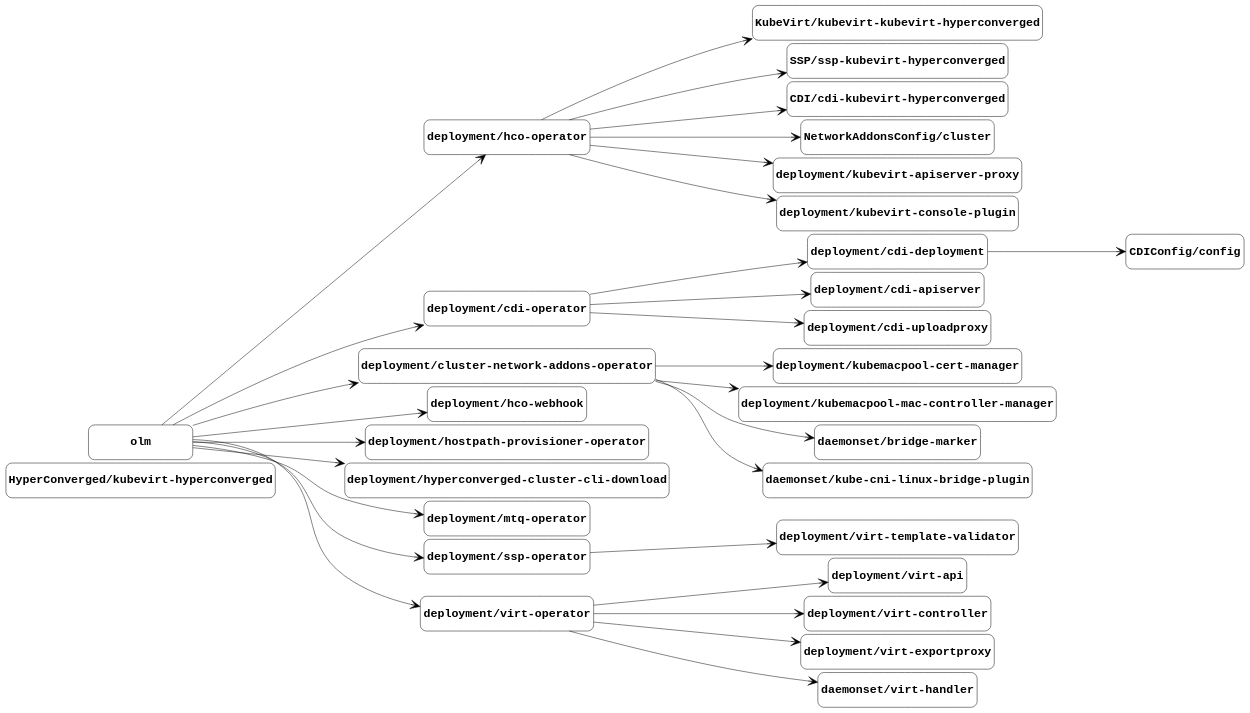
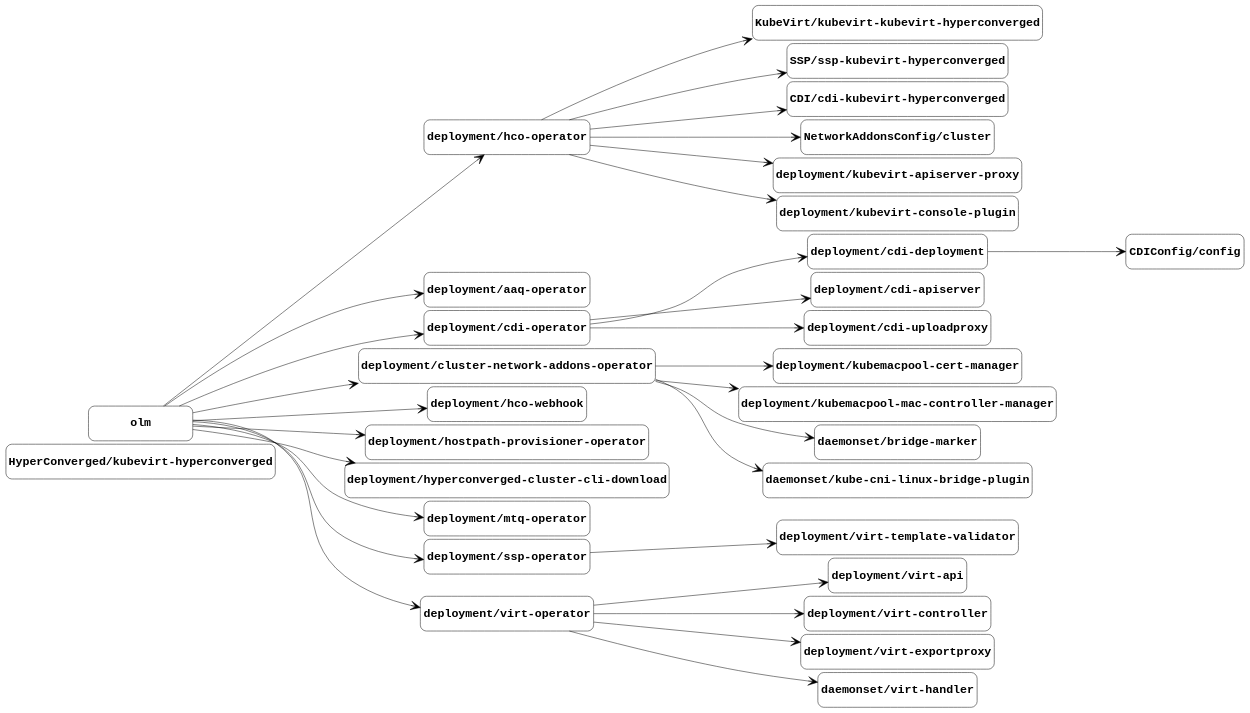
The diagram in docs/managed-by.gv (kubevirt/kubevirt), drawn with Graphviz before and after one commit. The commit also changed 3 other files, not shown here.

Commit message:
Update component graphs from the nightly job (#2775)

```diff
--- a/docs/managed-by.gv
+++ b/docs/managed-by.gv
@@ -1,90 +1,93 @@
 digraph "managed-by" {
 	graph [center=true margin=0.2 nodesep=0.1 rankdir=LR ranksep=2]
 	node [fontname="Courier-Bold" fontsize=24 height=1 shape=box style=rounded width=3]
 	edge [arrowhead=vee arrowsize=2]
 	"HyperConverged/kubevirt-hyperconverged" [label="HyperConverged/kubevirt-hyperconverged"]
 	"KubeVirt/kubevirt-kubevirt-hyperconverged" [label="KubeVirt/kubevirt-kubevirt-hyperconverged"]
 	"deployment/hco-operator" [label="deployment/hco-operator"]
 	"deployment/hco-operator" -> "KubeVirt/kubevirt-kubevirt-hyperconverged"
 	"SSP/ssp-kubevirt-hyperconverged" [label="SSP/ssp-kubevirt-hyperconverged"]
 	"deployment/hco-operator" [label="deployment/hco-operator"]
 	"deployment/hco-operator" -> "SSP/ssp-kubevirt-hyperconverged"
 	"CDI/cdi-kubevirt-hyperconverged" [label="CDI/cdi-kubevirt-hyperconverged"]
 	"deployment/hco-operator" [label="deployment/hco-operator"]
 	"deployment/hco-operator" -> "CDI/cdi-kubevirt-hyperconverged"
 	"CDIConfig/config" [label="CDIConfig/config"]
 	"deployment/cdi-deployment" [label="deployment/cdi-deployment"]
 	"deployment/cdi-deployment" -> "CDIConfig/config"
 	"NetworkAddonsConfig/cluster" [label="NetworkAddonsConfig/cluster"]
 	"deployment/hco-operator" [label="deployment/hco-operator"]
 	"deployment/hco-operator" -> "NetworkAddonsConfig/cluster"
+	"deployment/aaq-operator" [label="deployment/aaq-operator"]
+	olm [label=olm]
+	olm -> "deployment/aaq-operator"
 	"deployment/cdi-apiserver" [label="deployment/cdi-apiserver"]
 	"deployment/cdi-operator" [label="deployment/cdi-operator"]
 	"deployment/cdi-operator" -> "deployment/cdi-apiserver"
 	"deployment/cdi-deployment" [label="deployment/cdi-deployment"]
 	"deployment/cdi-operator" [label="deployment/cdi-operator"]
 	"deployment/cdi-operator" -> "deployment/cdi-deployment"
 	"deployment/cdi-operator" [label="deployment/cdi-operator"]
 	olm [label=olm]
 	olm -> "deployment/cdi-operator"
 	"deployment/cdi-uploadproxy" [label="deployment/cdi-uploadproxy"]
 	"deployment/cdi-operator" [label="deployment/cdi-operator"]
 	"deployment/cdi-operator" -> "deployment/cdi-uploadproxy"
 	"deployment/cluster-network-addons-operator" [label="deployment/cluster-network-addons-operator"]
 	olm [label=olm]
 	olm -> "deployment/cluster-network-addons-operator"
 	"deployment/hco-operator" [label="deployment/hco-operator"]
 	olm [label=olm]
 	olm -> "deployment/hco-operator"
 	"deployment/hco-webhook" [label="deployment/hco-webhook"]
 	olm [label=olm]
 	olm -> "deployment/hco-webhook"
 	"deployment/hostpath-provisioner-operator" [label="deployment/hostpath-provisioner-operator"]
 	olm [label=olm]
 	olm -> "deployment/hostpath-provisioner-operator"
 	"deployment/hyperconverged-cluster-cli-download" [label="deployment/hyperconverged-cluster-cli-download"]
 	olm [label=olm]
 	olm -> "deployment/hyperconverged-cluster-cli-download"
 	"deployment/kubemacpool-cert-manager" [label="deployment/kubemacpool-cert-manager"]
 	"deployment/cluster-network-addons-operator" [label="deployment/cluster-network-addons-operator"]
 	"deployment/cluster-network-addons-operator" -> "deployment/kubemacpool-cert-manager"
 	"deployment/kubemacpool-mac-controller-manager" [label="deployment/kubemacpool-mac-controller-manager"]
 	"deployment/cluster-network-addons-operator" [label="deployment/cluster-network-addons-operator"]
 	"deployment/cluster-network-addons-operator" -> "deployment/kubemacpool-mac-controller-manager"
 	"deployment/kubevirt-apiserver-proxy" [label="deployment/kubevirt-apiserver-proxy"]
 	"deployment/hco-operator" [label="deployment/hco-operator"]
 	"deployment/hco-operator" -> "deployment/kubevirt-apiserver-proxy"
 	"deployment/kubevirt-console-plugin" [label="deployment/kubevirt-console-plugin"]
 	"deployment/hco-operator" [label="deployment/hco-operator"]
 	"deployment/hco-operator" -> "deployment/kubevirt-console-plugin"
 	"deployment/mtq-operator" [label="deployment/mtq-operator"]
 	olm [label=olm]
 	olm -> "deployment/mtq-operator"
 	"deployment/ssp-operator" [label="deployment/ssp-operator"]
 	olm [label=olm]
 	olm -> "deployment/ssp-operator"
 	"deployment/virt-api" [label="deployment/virt-api"]
 	"deployment/virt-operator" [label="deployment/virt-operator"]
 	"deployment/virt-operator" -> "deployment/virt-api"
 	"deployment/virt-controller" [label="deployment/virt-controller"]
 	"deployment/virt-operator" [label="deployment/virt-operator"]
 	"deployment/virt-operator" -> "deployment/virt-controller"
 	"deployment/virt-exportproxy" [label="deployment/virt-exportproxy"]
 	"deployment/virt-operator" [label="deployment/virt-operator"]
 	"deployment/virt-operator" -> "deployment/virt-exportproxy"
 	"deployment/virt-operator" [label="deployment/virt-operator"]
 	olm [label=olm]
 	olm -> "deployment/virt-operator"
 	"deployment/virt-template-validator" [label="deployment/virt-template-validator"]
 	"deployment/ssp-operator" [label="deployment/ssp-operator"]
 	"deployment/ssp-operator" -> "deployment/virt-template-validator"
 	"daemonset/bridge-marker" [label="daemonset/bridge-marker"]
 	"deployment/cluster-network-addons-operator" [label="deployment/cluster-network-addons-operator"]
 	"deployment/cluster-network-addons-operator" -> "daemonset/bridge-marker"
 	"daemonset/kube-cni-linux-bridge-plugin" [label="daemonset/kube-cni-linux-bridge-plugin"]
 	"deployment/cluster-network-addons-operator" [label="deployment/cluster-network-addons-operator"]
 	"deployment/cluster-network-addons-operator" -> "daemonset/kube-cni-linux-bridge-plugin"
 	"daemonset/virt-handler" [label="daemonset/virt-handler"]
 	"deployment/virt-operator" [label="deployment/virt-operator"]
 	"deployment/virt-operator" -> "daemonset/virt-handler"
 }
```
